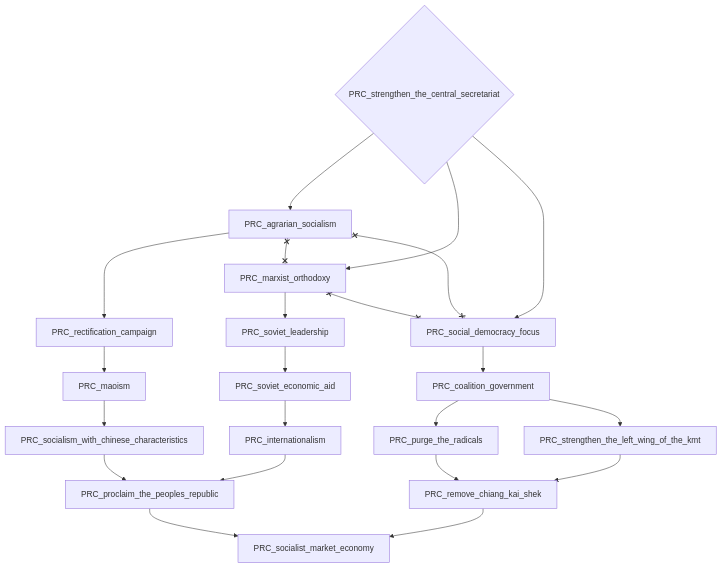
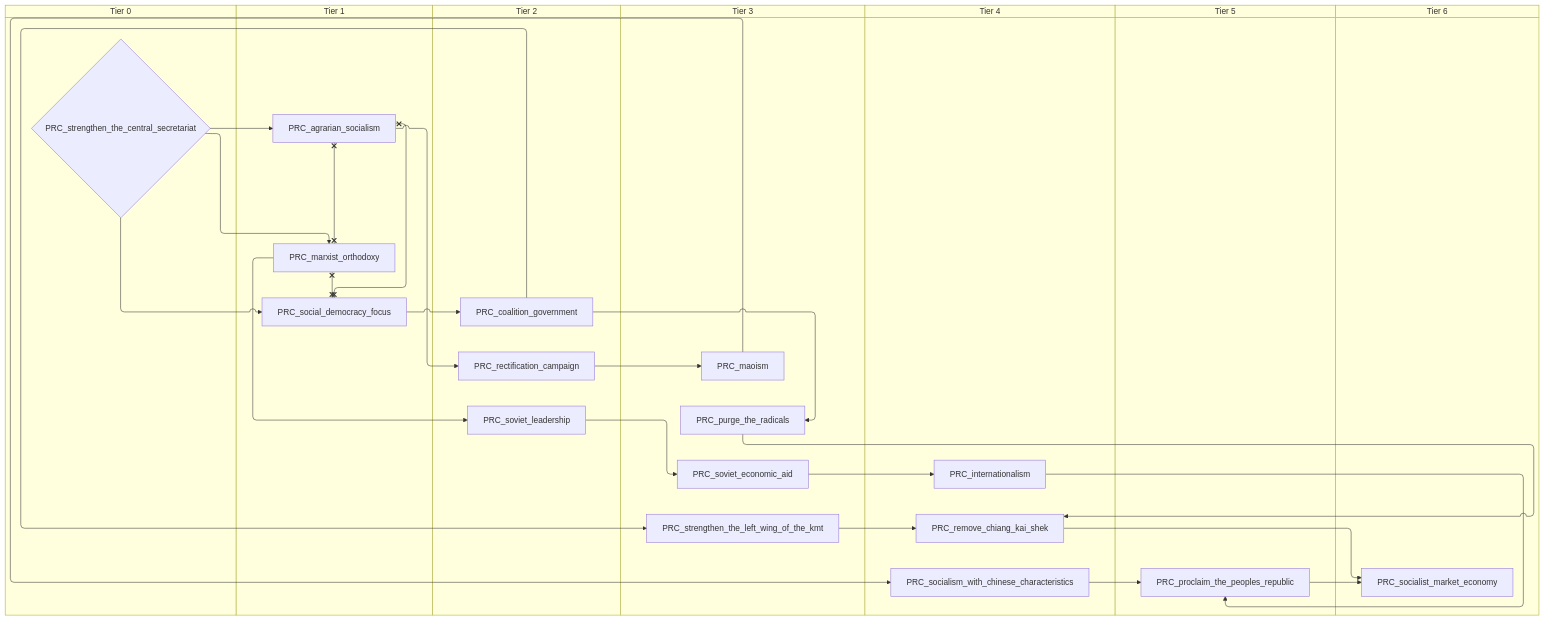
One commit to evgeny-sobol/hoi4-sandbox-mode changed the second of 2 diagrams in docs/gdd/National Focuses/china_communist.md. Above: the diagram before and after it, drawn with Mermaid. The commit also changed other lines of this file and 80 other files, not shown here.

First line of the commit message:
Add swimlane mode to focus graph exporter

````diff
--- a/docs/gdd/National Focuses/china_communist.md
+++ b/docs/gdd/National Focuses/china_communist.md
@@ -67,40 +85,54 @@
 ```mermaid
-flowchart TD
-    n28["PRC_agrarian_socialism"]
-    n29["PRC_coalition_government"]
-    n30["PRC_internationalism"]
-    n31["PRC_maoism"]
-    n32["PRC_marxist_orthodoxy"]
-    n33["PRC_proclaim_the_peoples_republic"]
-    n34["PRC_purge_the_radicals"]
-    n35["PRC_rectification_campaign"]
-    n36["PRC_remove_chiang_kai_shek"]
-    n37["PRC_social_democracy_focus"]
-    n38["PRC_socialism_with_chinese_characteristics"]
-    n39["PRC_socialist_market_economy"]
-    n40["PRC_soviet_economic_aid"]
-    n41["PRC_soviet_leadership"]
-    n42{"PRC_strengthen_the_central_secretariat"}
-    n43["PRC_strengthen_the_left_wing_of_the_kmt"]
-    n42 --> n28
-    n37 --> n29
-    n40 --> n30
-    n35 --> n31
-    n42 --> n32
-    n38 --> n33
-    n30 --> n33
-    n29 --> n34
-    n28 --> n35
-    n43 --> n36
-    n34 --> n36
-    n42 --> n37
-    n31 --> n38
-    n33 --> n39
-    n36 --> n39
-    n41 --> n40
-    n32 --> n41
-    n29 --> n43
-    n28 x--x n32
-    n28 x--x n37
-    n32 x--x n37
+swimlane-beta TD
+    subgraph tier_0["Tier 0"]
+        n28{"PRC_strengthen_the_central_secretariat"}
+    end
+    subgraph tier_1["Tier 1"]
+        n29["PRC_agrarian_socialism"]
+        n30["PRC_marxist_orthodoxy"]
+        n31["PRC_social_democracy_focus"]
+    end
+    subgraph tier_2["Tier 2"]
+        n32["PRC_coalition_government"]
+        n33["PRC_rectification_campaign"]
+        n34["PRC_soviet_leadership"]
+    end
+    subgraph tier_3["Tier 3"]
+        n35["PRC_maoism"]
+        n36["PRC_purge_the_radicals"]
+        n37["PRC_soviet_economic_aid"]
+        n38["PRC_strengthen_the_left_wing_of_the_kmt"]
+    end
+    subgraph tier_4["Tier 4"]
+        n39["PRC_internationalism"]
+        n40["PRC_remove_chiang_kai_shek"]
+        n41["PRC_socialism_with_chinese_characteristics"]
+    end
+    subgraph tier_5["Tier 5"]
+        n42["PRC_proclaim_the_peoples_republic"]
+    end
+    subgraph tier_6["Tier 6"]
+        n43["PRC_socialist_market_economy"]
+    end
+    n28 --> n29
+    n31 --> n32
+    n37 --> n39
+    n33 --> n35
+    n28 --> n30
+    n41 --> n42
+    n39 --> n42
+    n32 --> n36
+    n29 --> n33
+    n38 --> n40
+    n36 --> n40
+    n28 --> n31
+    n35 --> n41
+    n42 --> n43
+    n40 --> n43
+    n34 --> n37
+    n30 --> n34
+    n32 --> n38
+    n29 x--x n30
+    n29 x--x n31
+    n30 x--x n31
 ```
````
